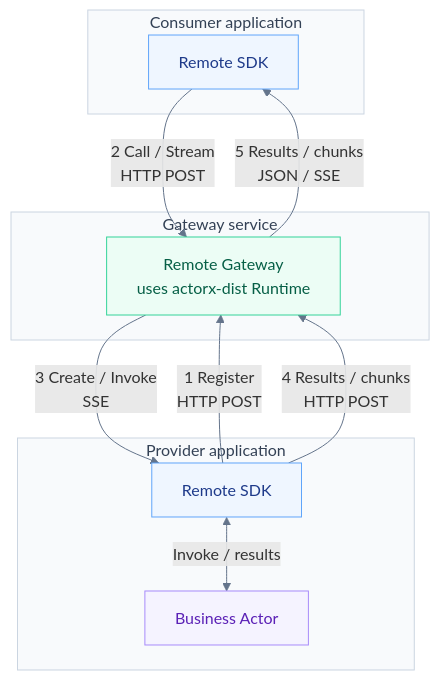
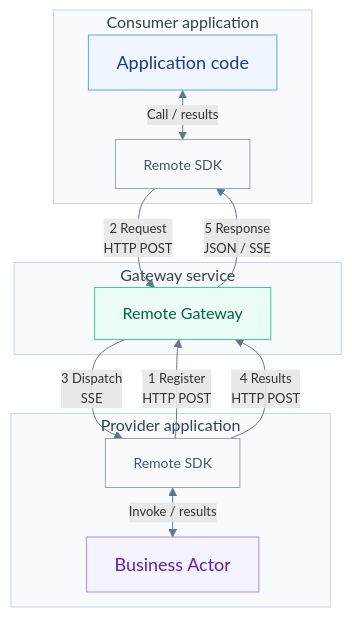
Before and after one commit to go-aie/actorx-dist: the diagram in remote/README.md, drawn with Mermaid. The commit also changed other lines of this file and 27 other files, not shown here.

````diff
--- a/remote/README.md
+++ b/remote/README.md
@@ -13,31 +13,36 @@
 ```mermaid
+%%{init: {"flowchart": {"rankSpacing": 30, "padding": 14, "subGraphTitleMargin": {"top": 0, "bottom": 10}}}}%%
 flowchart TB
     subgraph consumer["Consumer application"]
+        B["Application code"]
         C["Remote SDK"]
     end
     subgraph backend["Gateway service"]
-        G["Remote Gateway<br/>uses actorx-dist Runtime"]
+        G["Remote Gateway"]
     end
     subgraph provider["Provider application"]
         P["Remote SDK"]
         A["Business Actor"]
     end
 
-    C -->|"2 Call / Stream<br/>HTTP POST"| G
-    G -->|"3 Create / Invoke<br/>SSE"| P
+    B <-->|"Call / results"| C
+    C -->|"2 Request<br/>HTTP POST"| G
+    G -->|"3 Dispatch<br/>SSE"| P
     P <-->|"Invoke / results"| A
-    G -->|"5 Results / chunks<br/>JSON / SSE"| C
+    G -->|"5 Response<br/>JSON / SSE"| C
     P -->|"1 Register<br/>HTTP POST"| G
-    P -->|"4 Results / chunks<br/>HTTP POST"| G
+    P -->|"4 Results<br/>HTTP POST"| G
 
-    classDef sdk fill:#eff6ff,stroke:#60a5fa,color:#1e3a8a
-    classDef gateway fill:#ecfdf5,stroke:#34d399,color:#065f46
-    classDef actor fill:#f5f3ff,stroke:#a78bfa,color:#5b21b6
+    classDef application fill:#eff6ff,stroke:#60a5fa,color:#1e3a8a,font-size:18px
+    classDef sdk fill:#f8fafc,stroke:#94a3b8,color:#475569,font-size:14px
+    classDef gateway fill:#ecfdf5,stroke:#34d399,color:#065f46,font-size:16px
+    classDef actor fill:#f5f3ff,stroke:#a78bfa,color:#5b21b6,font-size:18px
+    class B application
     class C,P sdk
     class G gateway
     class A actor
     style consumer fill:#f8fafc,stroke:#cbd5e1,color:#334155
     style backend fill:#f8fafc,stroke:#cbd5e1,color:#334155
     style provider fill:#f8fafc,stroke:#cbd5e1,color:#334155
-    linkStyle default stroke:#64748b
+    linkStyle default stroke:#64748b,font-size:13px
 ```
````
